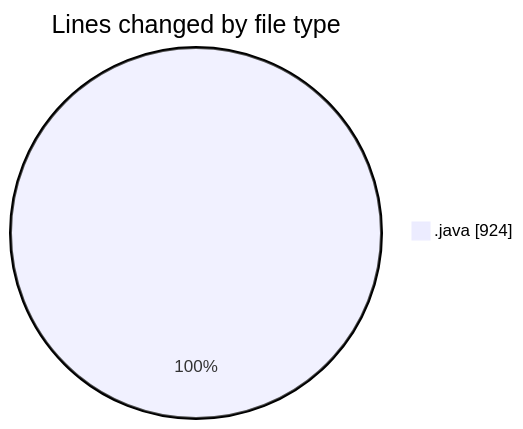
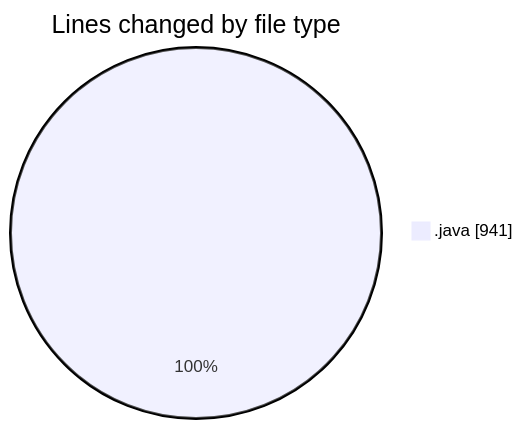
One commit to ricardozamudiocil/code-tracking changed the first of 2 diagrams in 2026-09-16/cilapp/README.md. Above: the diagram before and after it, drawn with Mermaid. The commit also changed other lines of this file and 1 other file, not shown here.

````diff
--- a/2026-09-16/cilapp/README.md
+++ b/2026-09-16/cilapp/README.md
@@ -20,5 +20,5 @@
 ```mermaid
 pie showData
 title Lines changed by file type
-".java" : 924
+".java" : 941
 ```
````
